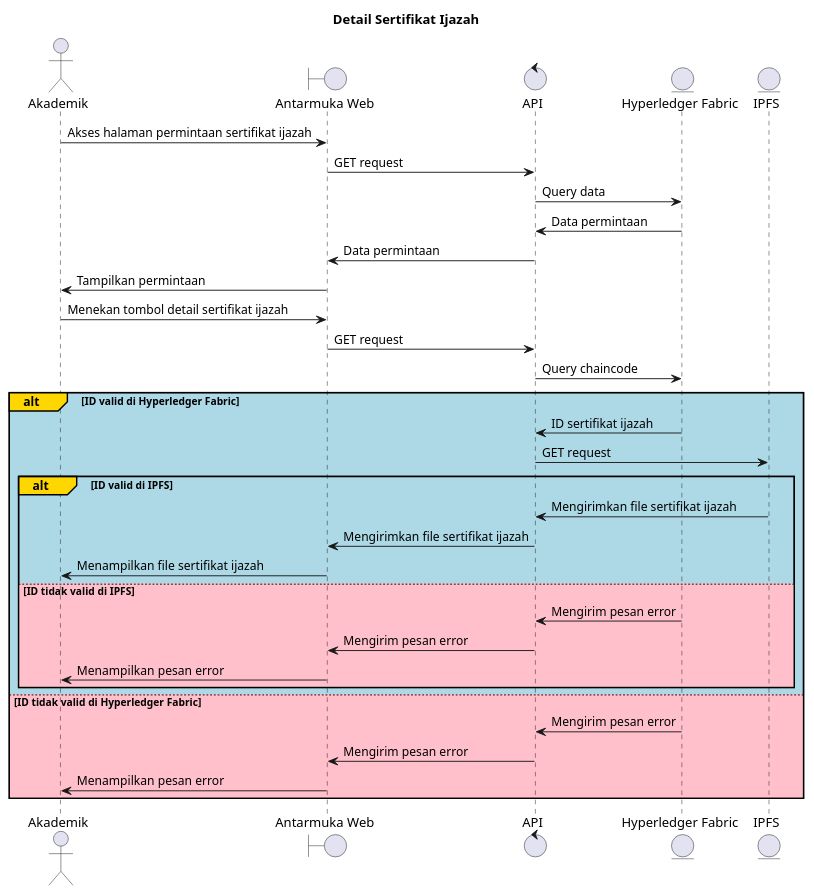
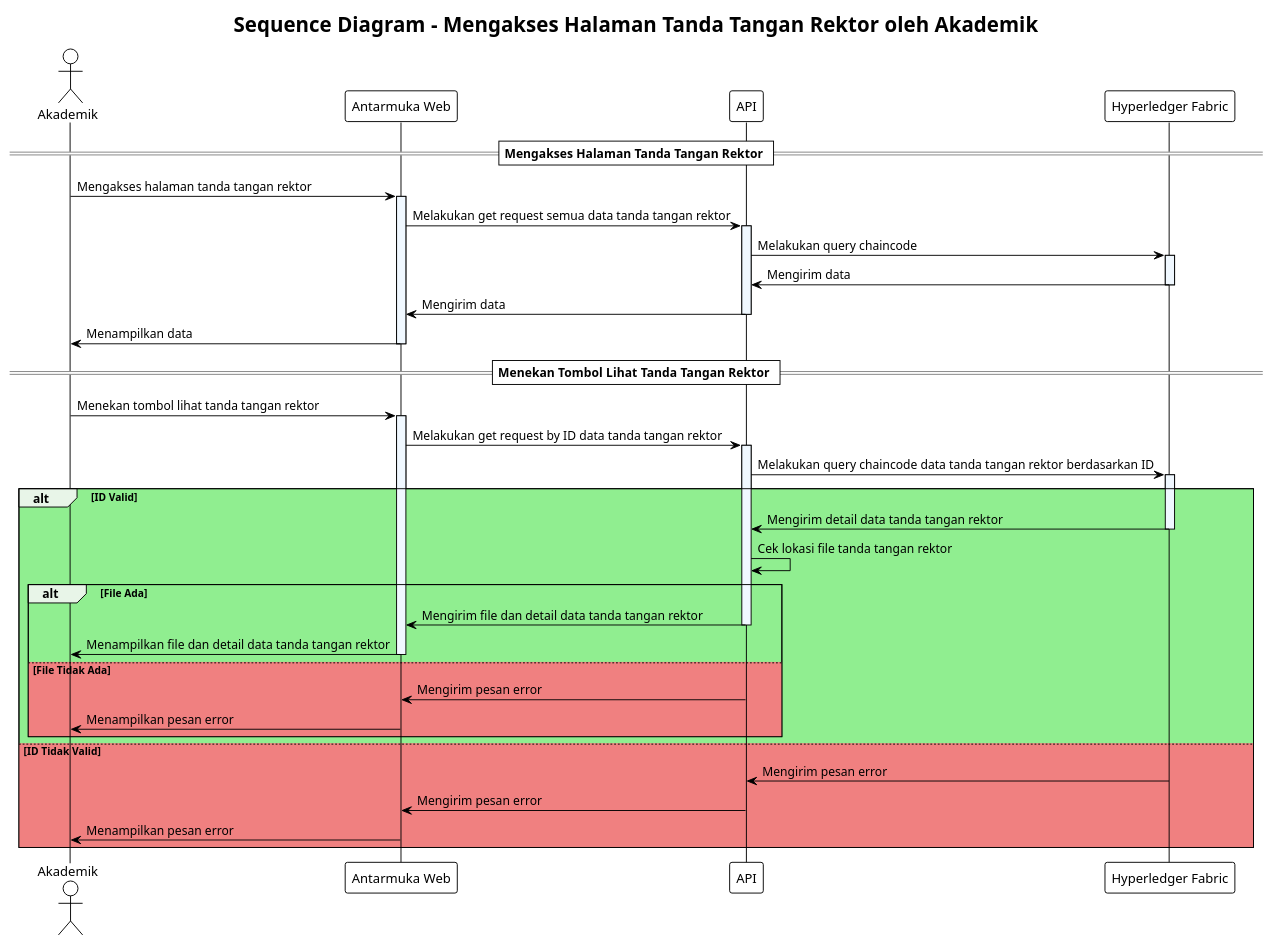
One commit to nas11ai/tugas-akhir changed the diagram in requirement/sequence-diagram/SD-6.plantuml. Above: the diagram before and after it, drawn with PlantUML. The commit also changed 7 other files, not shown here.

Commit message:
feat: update sequence diagram

```diff
--- a/requirement/sequence-diagram/SD-6.plantuml
+++ b/requirement/sequence-diagram/SD-6.plantuml
@@ -1,42 +1,74 @@
 @startuml SD-6
+!theme plain
+title Sequence Diagram - Mengakses Halaman Tanda Tangan Rektor oleh Akademik
 
-title Detail Sertifikat Ijazah
+skinparam sequenceGroupBackgroundColor #E8F5E8
+skinparam sequenceLifeLineBackgroundColor #F0F8FF
 
-actor       Akademik                      as user
-boundary    "Antarmuka Web"               as ui
-control     API                           as api
-entity      "Hyperledger Fabric"          as fabric
-entity      IPFS                          as ipfs
+actor Akademik
+participant "Antarmuka Web" as Web
+participant "API" as API
+participant "Hyperledger Fabric" as HLF
 
-user -> ui : Akses halaman permintaan sertifikat ijazah
-ui -> api : GET request
-api -> fabric: Query data
-fabric -> api: Data permintaan
-api -> ui: Data permintaan
-ui -> user: Tampilkan permintaan
+== Mengakses Halaman Tanda Tangan Rektor ==
+Akademik -> Web: Mengakses halaman tanda tangan rektor
+activate Web
 
-user -> ui : Menekan tombol detail sertifikat ijazah
-ui -> api : GET request
-api -> fabric: Query chaincode
+Web -> API: Melakukan get request semua data tanda tangan rektor
+activate API
 
-alt#Gold #LightBlue ID valid di Hyperledger Fabric
-    fabric -> api: ID sertifikat ijazah
-    api -> ipfs: GET request
+API -> HLF: Melakukan query chaincode
+activate HLF
 
-    alt#Gold #LightBlue ID valid di IPFS
-        ipfs -> api: Mengirimkan file sertifikat ijazah
-        api -> ui: Mengirimkan file sertifikat ijazah
-        ui -> user: Menampilkan file sertifikat ijazah
-    else #Pink ID tidak valid di IPFS
-        fabric -> api: Mengirim pesan error
-        api -> ui: Mengirim pesan error
-        ui -> user: Menampilkan pesan error
+HLF -> API: Mengirim data
+deactivate HLF
+
+API -> Web: Mengirim data
+deactivate API
+
+Web -> Akademik: Menampilkan data
+deactivate Web
+
+== Menekan Tombol Lihat Tanda Tangan Rektor ==
+Akademik -> Web: Menekan tombol lihat tanda tangan rektor
+activate Web
+
+Web -> API: Melakukan get request by ID data tanda tangan rektor
+activate API
+
+API -> HLF: Melakukan query chaincode data tanda tangan rektor berdasarkan ID
+activate HLF
+
+alt #lightgreen ID Valid
+    HLF -> API: Mengirim detail data tanda tangan rektor
+    deactivate HLF
+    
+    API -> API: Cek lokasi file tanda tangan rektor
+    
+    alt #lightgreen File Ada
+        API -> Web: Mengirim file dan detail data tanda tangan rektor
+        deactivate API
+        
+        Web -> Akademik: Menampilkan file dan detail data tanda tangan rektor
+        deactivate Web
+        
+    else #lightcoral File Tidak Ada
+        API -> Web: Mengirim pesan error
+        deactivate API
+        
+        Web -> Akademik: Menampilkan pesan error
+        deactivate Web
     end
-
-else #Pink ID tidak valid di Hyperledger Fabric
-    fabric -> api: Mengirim pesan error
-    api -> ui: Mengirim pesan error
-    ui -> user: Menampilkan pesan error
+    
+else #lightcoral ID Tidak Valid
+    HLF -> API: Mengirim pesan error
+    deactivate HLF
+    
+    API -> Web: Mengirim pesan error
+    deactivate API
+    
+    Web -> Akademik: Menampilkan pesan error
+    deactivate Web
 end
 
 @enduml
```
